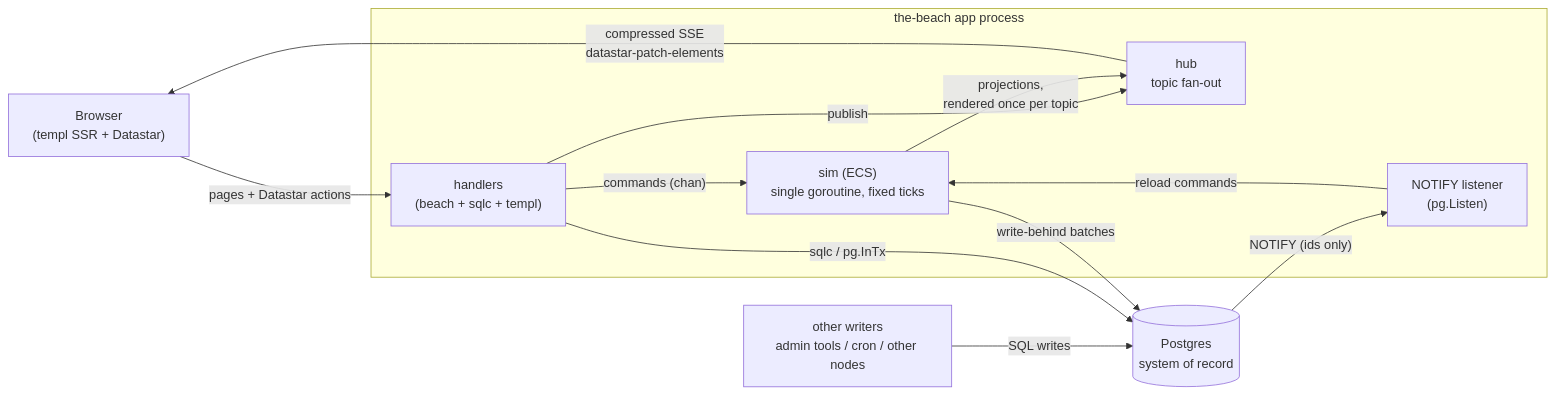
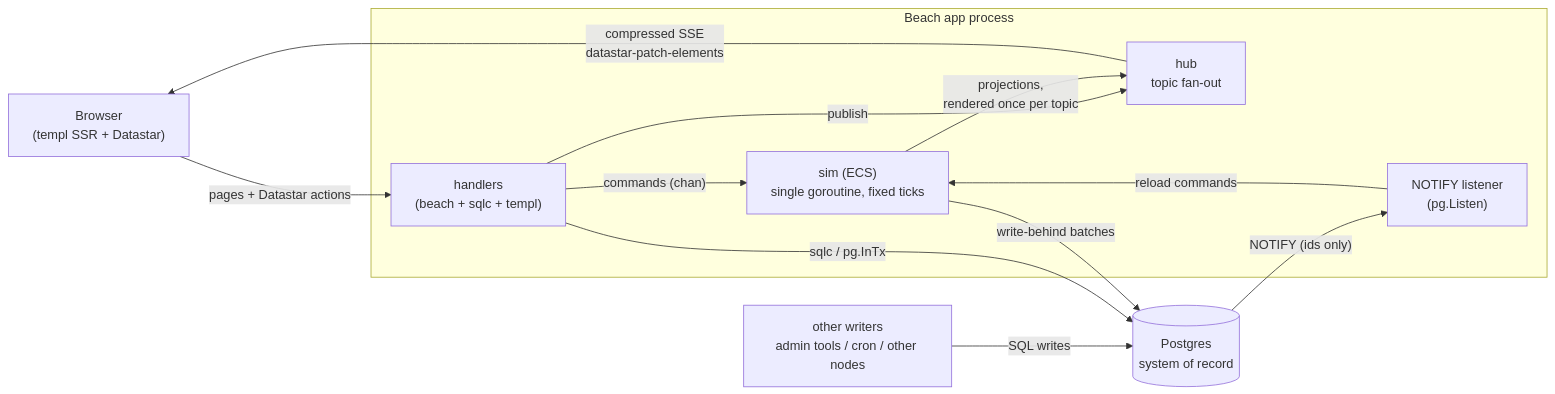
Before and after one commit to ThirdCoastInteractive/Beach: the first of 2 diagrams in docs/README.md, drawn with Mermaid. The commit also changed other lines of this file and 62 other files, not shown here.

````diff
--- a/docs/README.md
+++ b/docs/README.md
@@ -22,23 +22,23 @@
 ```mermaid
 flowchart LR
     B["Browser<br/>(templ SSR + Datastar)"]
-    subgraph proc["the-beach app process"]
+    subgraph proc["Beach app process"]
         H["handlers<br/>(beach + sqlc + templ)"]
         SIM["sim (ECS)<br/>single goroutine, fixed ticks"]
         HUB["hub<br/>topic fan-out"]
         PN["NOTIFY listener<br/>(pg.Listen)"]
     end
     PG[("Postgres<br/>system of record")]
     EXT["other writers<br/>admin tools / cron / other nodes"]
 
     B -- "pages + Datastar actions" --> H
     H -- "commands (chan)" --> SIM
     H -- "sqlc / pg.InTx" --> PG
     H -- "publish" --> HUB
     SIM -- "write-behind batches" --> PG
     SIM -- "projections,<br/>rendered once per topic" --> HUB
     HUB -- "compressed SSE<br/>datastar-patch-elements" --> B
     EXT -- "SQL writes" --> PG
     PG -- "NOTIFY (ids only)" --> PN
     PN -- "reload commands" --> SIM
 ```
````
